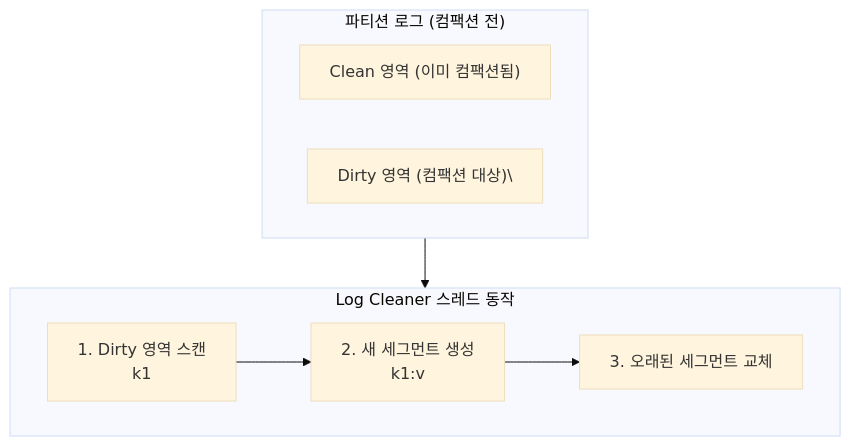
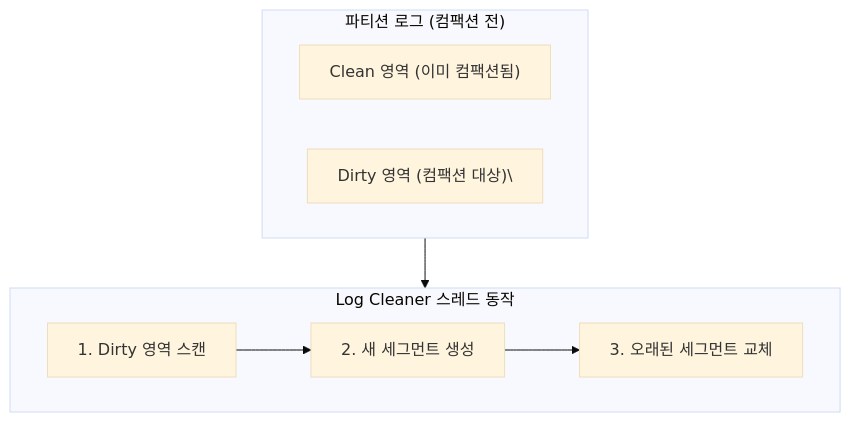
One commit to yjkim2015/yjkim2015.github.io changed diagram 19 of 21 in _posts/kafka/2026-05-01-kafka-internals.md. Above: the diagram before and after it, drawn with Mermaid (base theme). The commit also changed other lines of this file and 217 other files, not shown here.

First line of the commit message:
Mermaid 크기 수정: useMaxWidth:true + SVG max-width:100% + 라벨 축소

````diff
--- a/_posts/kafka/2026-05-01-kafka-internals.md
+++ b/_posts/kafka/2026-05-01-kafka-internals.md
@@ -575,14 +575,14 @@
 ```mermaid
 graph TD
     subgraph before["파티션 로그 (컴팩션 전)"]
         CLEAN["Clean 영역 (이미 컴팩션됨)"]
         DIRTY["Dirty 영역 (컴팩션 대상)\"]
     end
     subgraph process["Log Cleaner 스레드 동작"]
-        SCAN["1. Dirty 영역 스캔\nk1"]
-        NEW["2. 새 세그먼트 생성\nk1:v"]
+        SCAN["1. Dirty 영역 스캔"]
+        NEW["2. 새 세그먼트 생성"]
         REPLACE["3. 오래된 세그먼트 교체"]
         SCAN --> NEW --> REPLACE
     end
     before --> process
 ```
````
